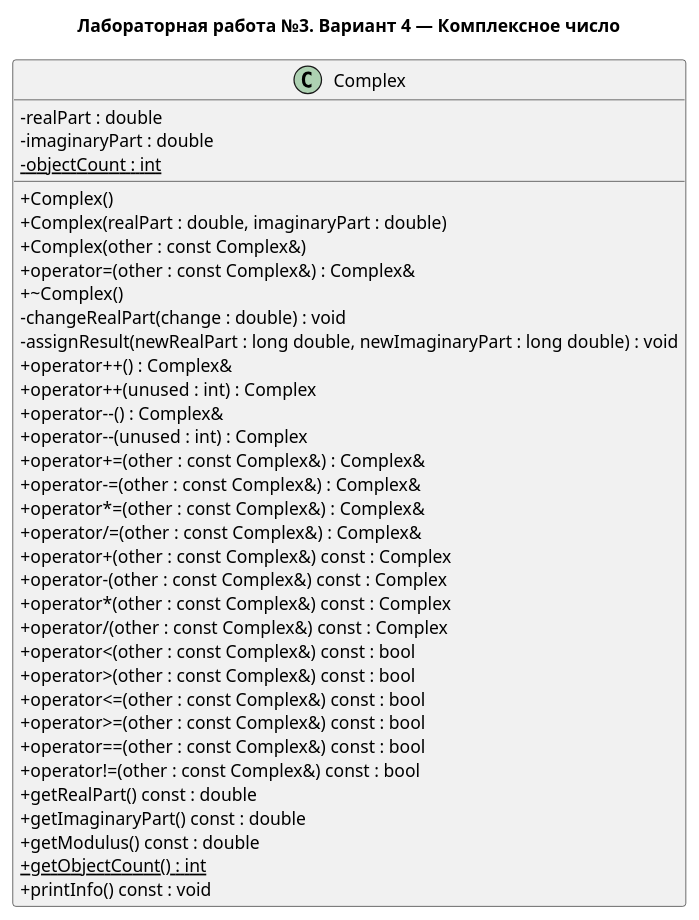
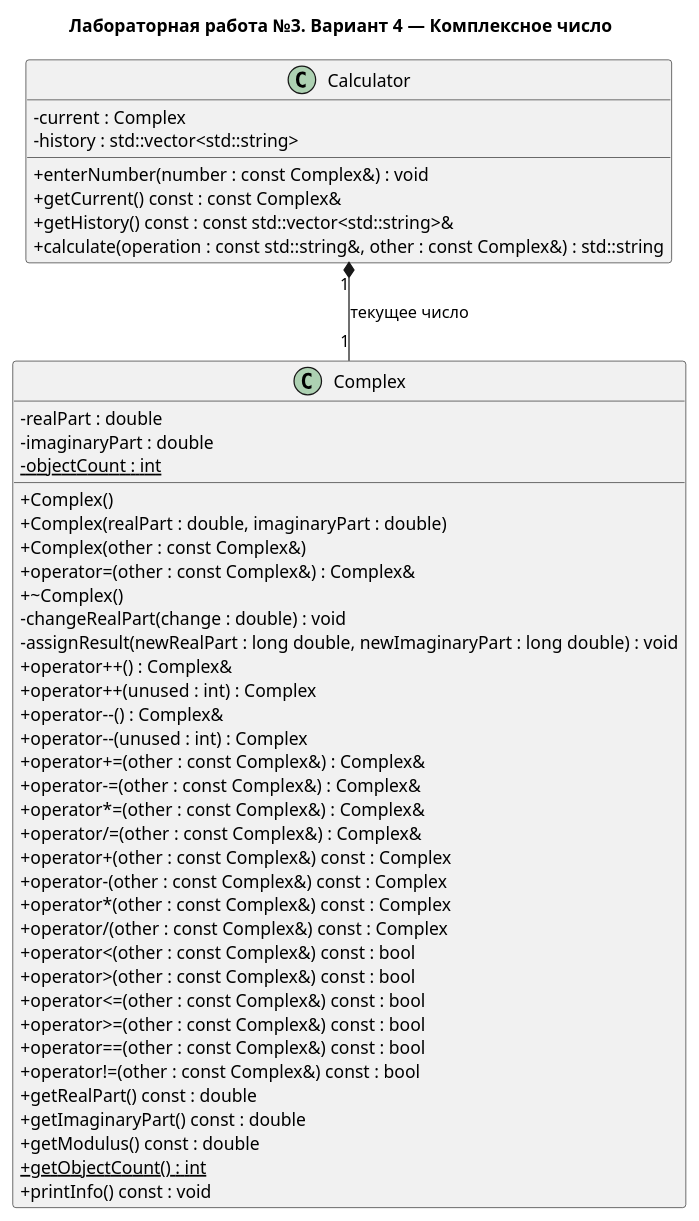
Before and after one commit to lnknwl/lab3: the diagram in uml/complex.puml, drawn with PlantUML. The commit also changed 8 other files, not shown here.

```diff
--- a/uml/complex.puml
+++ b/uml/complex.puml
@@ -1,41 +1,51 @@
 @startuml
 title Лабораторная работа №3. Вариант 4 — Комплексное число
 skinparam classAttributeIconSize 0
 
 class Complex {
     - realPart : double
     - imaginaryPart : double
     - {static} objectCount : int
     + Complex()
     + Complex(realPart : double, imaginaryPart : double)
     + Complex(other : const Complex&)
     + operator=(other : const Complex&) : Complex&
     + ~Complex()
     - changeRealPart(change : double) : void
     - assignResult(newRealPart : long double, newImaginaryPart : long double) : void
     + operator++() : Complex&
     + operator++(unused : int) : Complex
     + operator--() : Complex&
     + operator--(unused : int) : Complex
     + operator+=(other : const Complex&) : Complex&
     + operator-=(other : const Complex&) : Complex&
     + operator*=(other : const Complex&) : Complex&
     + operator/=(other : const Complex&) : Complex&
     + operator+(other : const Complex&) const : Complex
     + operator-(other : const Complex&) const : Complex
     + operator*(other : const Complex&) const : Complex
     + operator/(other : const Complex&) const : Complex
     + operator<(other : const Complex&) const : bool
     + operator>(other : const Complex&) const : bool
     + operator<=(other : const Complex&) const : bool
     + operator>=(other : const Complex&) const : bool
     + operator==(other : const Complex&) const : bool
     + operator!=(other : const Complex&) const : bool
     + getRealPart() const : double
     + getImaginaryPart() const : double
     + getModulus() const : double
     + {static} getObjectCount() : int
     + printInfo() const : void
 }
 
+class Calculator {
+    - current : Complex
+    - history : std::vector<std::string>
+    + enterNumber(number : const Complex&) : void
+    + getCurrent() const : const Complex&
+    + getHistory() const : const std::vector<std::string>&
+    + calculate(operation : const std::string&, other : const Complex&) : std::string
+}
+
+Calculator "1" *-- "1" Complex : текущее число
 @enduml
```
